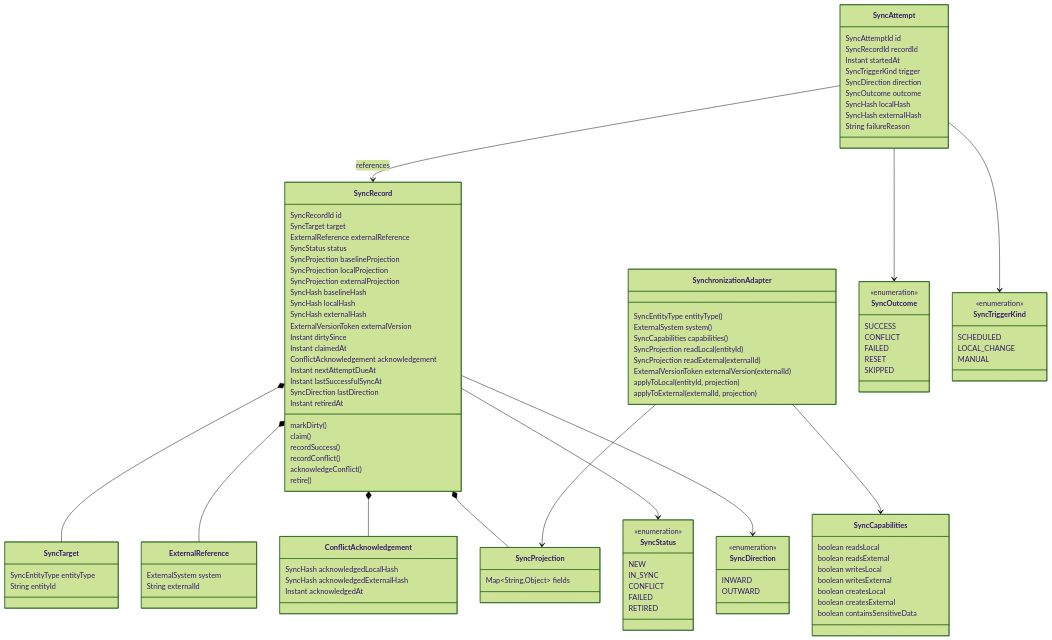
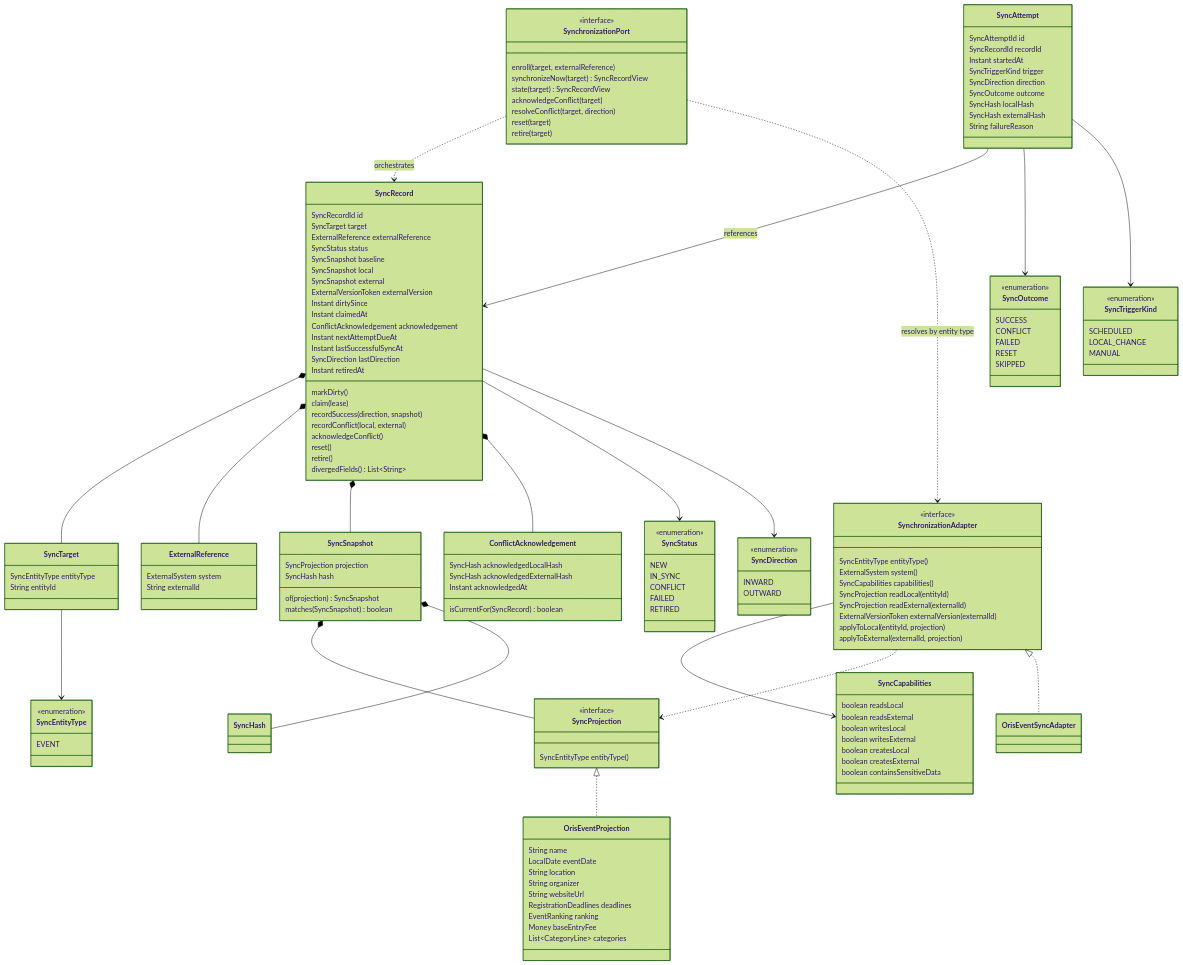
The first of 2 diagrams in openspec/changes/add-bidirectional-sync-engine/design.md (zabiny/klabis), drawn with Mermaid (forest theme) before and after one commit. The commit also changed other lines of this file and 1 other file, not shown here.

First line of the commit message:
docs(sync): apply review comments to sync engine proposal and design

````diff
--- a/openspec/changes/add-bidirectional-sync-engine/design.md
+++ b/openspec/changes/add-bidirectional-sync-engine/design.md
@@ -181,16 +209,24 @@
 ```mermaid
 classDiagram
+    class SynchronizationPort {
+        <<interface>>
+        enroll(target, externalReference)
+        synchronizeNow(target) SyncRecordView
+        state(target) SyncRecordView
+        acknowledgeConflict(target)
+        resolveConflict(target, direction)
+        reset(target)
+        retire(target)
+    }
+
     class SyncRecord {
         SyncRecordId id
         SyncTarget target
         ExternalReference externalReference
         SyncStatus status
-        SyncProjection baselineProjection
-        SyncProjection localProjection
-        SyncProjection externalProjection
-        SyncHash baselineHash
-        SyncHash localHash
-        SyncHash externalHash
+        SyncSnapshot baseline
+        SyncSnapshot local
+        SyncSnapshot external
         ExternalVersionToken externalVersion
         Instant dirtySince
         Instant claimedAt
@@ -200,11 +236,37 @@
         SyncDirection lastDirection
         Instant retiredAt
         markDirty()
-        claim()
-        recordSuccess()
-        recordConflict()
+        claim(lease)
+        recordSuccess(direction, snapshot)
+        recordConflict(local, external)
         acknowledgeConflict()
+        reset()
         retire()
+        divergedFields() List~String~
+    }
+
+    class SyncSnapshot {
+        SyncProjection projection
+        SyncHash hash
+        of(projection) SyncSnapshot
+        matches(SyncSnapshot) boolean
+    }
+
+    class SyncProjection {
+        <<interface>>
+        SyncEntityType entityType()
+    }
+
+    class OrisEventProjection {
+        String name
+        LocalDate eventDate
+        String location
+        String organizer
+        String websiteUrl
+        RegistrationDeadlines deadlines
+        EventRanking ranking
+        Money baseEntryFee
+        List~CategoryLine~ categories
     }
 
     class SyncAttempt {
@@ -233,10 +295,7 @@
         SyncHash acknowledgedLocalHash
         SyncHash acknowledgedExternalHash
         Instant acknowledgedAt
-    }
-
-    class SyncProjection {
-        Map~String,Object~ fields
+        isCurrentFor(SyncRecord) boolean
     }
 
     class SyncCapabilities {
@@ -250,6 +309,7 @@
     }
 
     class SynchronizationAdapter {
+        <<interface>>
         SyncEntityType entityType()
         ExternalSystem system()
         SyncCapabilities capabilities()
@@ -259,6 +319,8 @@
         applyToLocal(entityId, projection)
         applyToExternal(externalId, projection)
     }
+
+    class OrisEventSyncAdapter
 
     class SyncStatus {
         <<enumeration>>
@@ -291,15 +353,27 @@
         MANUAL
     }
 
+    class SyncEntityType {
+        <<enumeration>>
+        EVENT
+    }
+
+    SynchronizationPort ..> SyncRecord : orchestrates
+    SynchronizationPort ..> SynchronizationAdapter : resolves by entity type
     SyncRecord *-- SyncTarget
     SyncRecord *-- ExternalReference
+    SyncRecord *-- SyncSnapshot
     SyncRecord *-- ConflictAcknowledgement
-    SyncRecord *-- SyncProjection
     SyncRecord --> SyncStatus
     SyncRecord --> SyncDirection
+    SyncSnapshot *-- SyncProjection
+    SyncSnapshot *-- SyncHash
+    SyncProjection <|.. OrisEventProjection
     SyncAttempt --> SyncRecord : references
     SyncAttempt --> SyncOutcome
     SyncAttempt --> SyncTriggerKind
     SynchronizationAdapter --> SyncCapabilities
-    SynchronizationAdapter --> SyncProjection
+    SynchronizationAdapter ..> SyncProjection
+    SynchronizationAdapter <|.. OrisEventSyncAdapter
+    SyncTarget --> SyncEntityType
 ```
````
